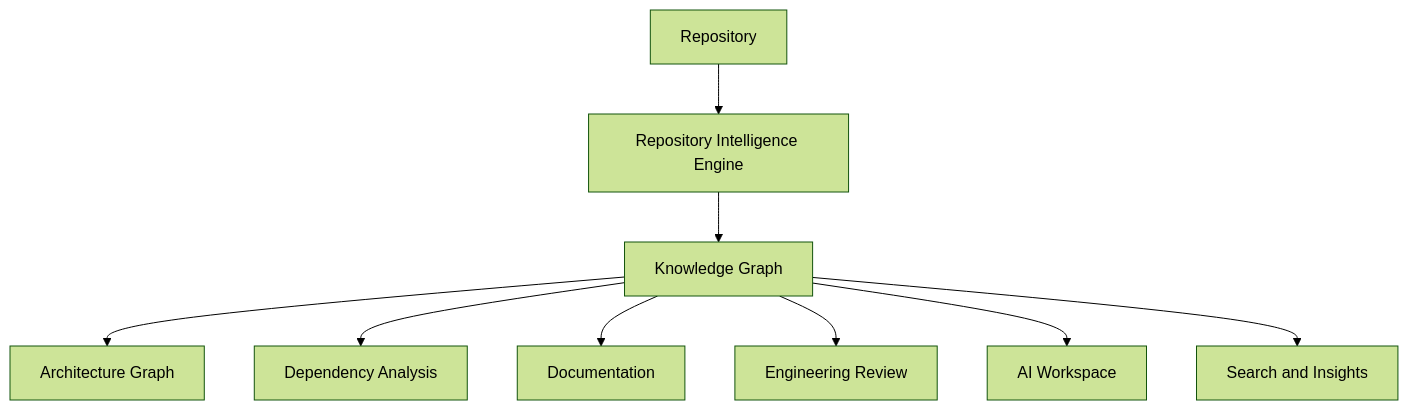
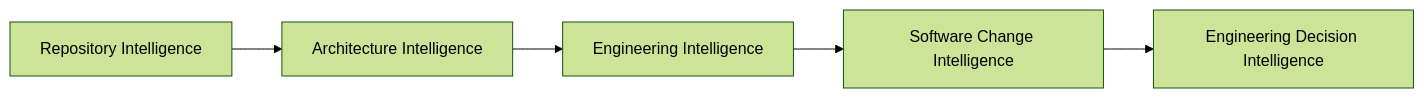
One commit to Second-Origin/PARTHA changed the first of 6 diagrams in README.md. Above: the diagram before and after it, drawn with Mermaid (forest theme). The commit also changed other lines of this file and 8 other files, not shown here.

Commit message:
docs: reposition PARTHA as an Engineering Intelligence Platform

````diff
--- a/README.md
+++ b/README.md
@@ -50,11 +72,7 @@
 ```mermaid
-flowchart TD
-    A[Repository] --> B[Repository Intelligence Engine]
-    B --> C[Knowledge Graph]
-    C --> D[Architecture Graph]
-    C --> E[Dependency Analysis]
-    C --> F[Documentation]
-    C --> G[Engineering Review]
-    C --> H[AI Workspace]
-    C --> I[Search and Insights]
+flowchart LR
+    A[Repository Intelligence] --> B[Architecture Intelligence]
+    B --> C[Engineering Intelligence]
+    C --> D[Software Change Intelligence]
+    D --> E[Engineering Decision Intelligence]
 ```
````
